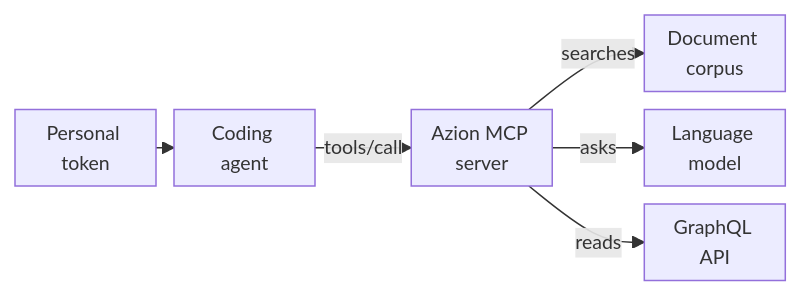
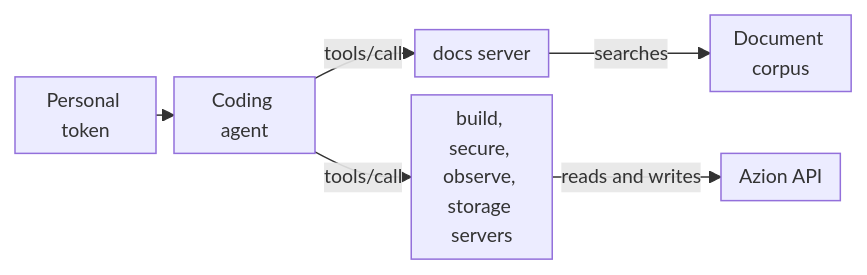
One commit to aziontech/docs changed the diagram in src/content/docs/en/pages/devtools/mcp/mcp-overview.mdx. Above: the diagram before and after it, drawn with Mermaid. The commit also changed other lines of this file and 50 other files, not shown here.

First line of the commit message:
docs(mcp): move the MCP docs to the five domain MCP servers

````diff
--- a/src/content/docs/en/pages/devtools/mcp/mcp-overview.mdx
+++ b/src/content/docs/en/pages/devtools/mcp/mcp-overview.mdx
@@ -74,9 +82,9 @@
 ```mermaid
 %%{init: {"layout": "dagre", "themeVariables": {"fontSize": "13px"}, "flowchart": {"nodeSpacing": 12, "rankSpacing": 12, "padding": 6, "wrappingWidth": 70, "minNodeWidth": 40, "useMaxWidth": true}}}%%
 flowchart LR
   Token["Personal token"] --> Agent["Coding agent"]
-  Agent -->|"tools/call"| Server["Azion MCP server"]
-  Server -->|"searches"| Corpus["Document corpus"]
-  Server -->|"asks"| Model["Language model"]
-  Server -->|"reads"| Gql["GraphQL API"]
+  Agent -->|"tools/call"| Docs["docs server"]
+  Agent -->|"tools/call"| Domain["build, secure, observe, storage servers"]
+  Docs -->|"searches"| Corpus["Document corpus"]
+  Domain -->|"reads and writes"| Api["Azion API"]
 ```
````
